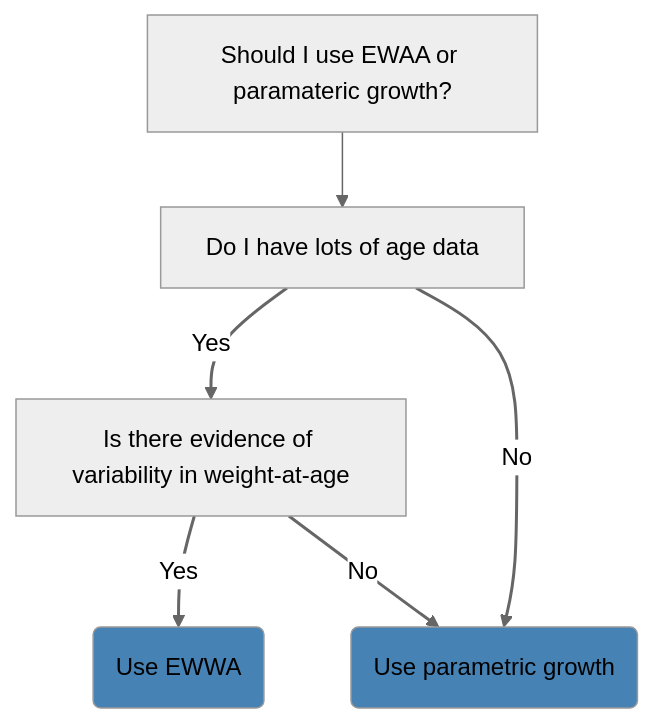
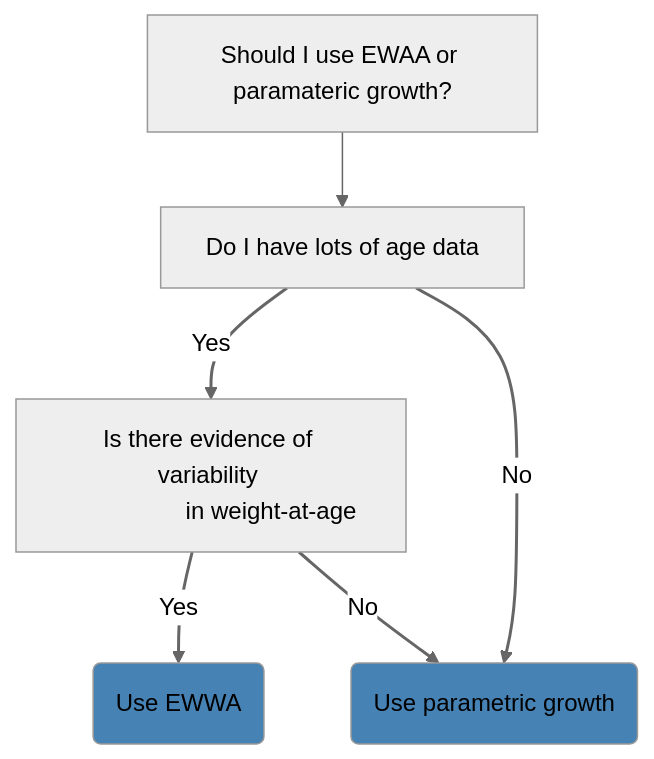
The third of 6 diagrams in website/qmds/ss3_setup_decisions.qmd (nmfs-ost/ss3-website), drawn with Mermaid (neutral theme) before and after one commit. The commit also changed other lines of this file and 1 other file, not shown here.

````diff
--- a/website/qmds/ss3_setup_decisions.qmd
+++ b/website/qmds/ss3_setup_decisions.qmd
@@ -41,11 +44,12 @@
 ```{mermaid}
 flowchart TB
     A["Should I use EWAA or paramateric growth?"] --> B["Do I have lots of age data"]
-    B -- Yes --> C["Is there evidence of variability in weight-at-age"]
+    B -- Yes --> C["Is there evidence of variability 
+                  in weight-at-age"]
     C -- Yes --> D("Use EWWA")
     B -- No --> E("Use parametric growth")
     C -- No --> E
     linkStyle 1,2,3,4 stroke-width:2px,color:black
     style D fill:steelblue
     style E fill:steelblue
 ```
````
